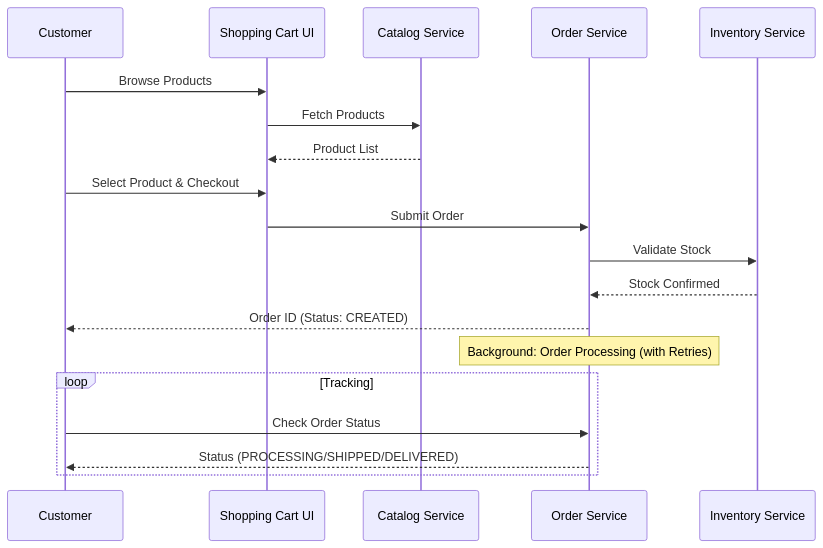
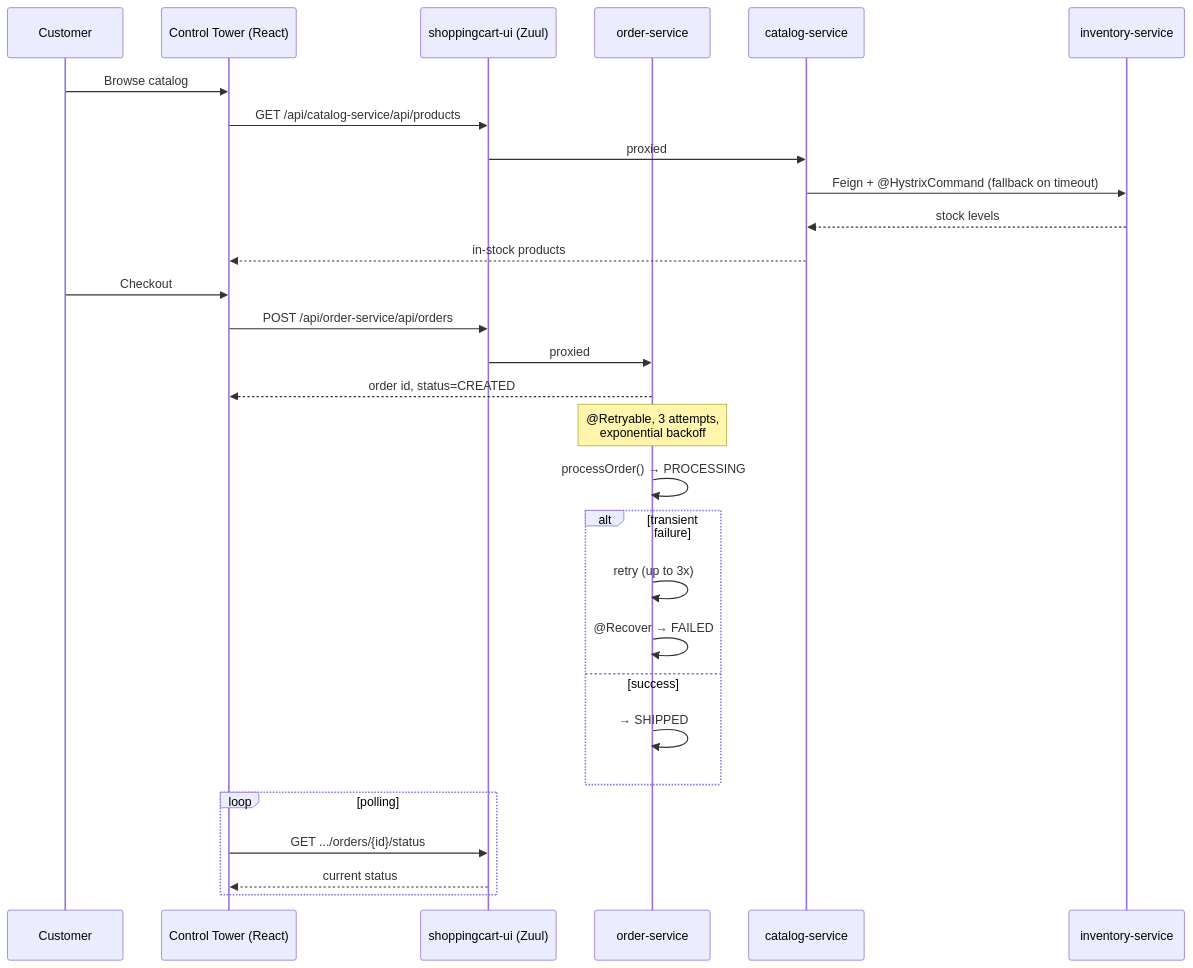
The second of 2 diagrams in README.md (tanmaymish/doms-order-service), drawn with Mermaid before and after one commit. The commit also changed other lines of this file and 94 other files, not shown here.

````diff
--- a/README.md
+++ b/README.md
@@ -35,24 +91,35 @@
 ```mermaid
 sequenceDiagram
     participant User as Customer
-    participant UI as Shopping Cart UI
-    participant Catalog as Catalog Service
-    participant Orders as Order Service
-    participant Inventory as Inventory Service
+    participant UI as Control Tower (React)
+    participant Gateway as shoppingcart-ui (Zuul)
+    participant Orders as order-service
+    participant Catalog as catalog-service
+    participant Inventory as inventory-service
 
-    User->>UI: Browse Products
-    UI->>Catalog: Fetch Products
-    Catalog-->>UI: Product List
-    User->>UI: Select Product & Checkout
-    UI->>Orders: Submit Order
-    Orders->>Inventory: Validate Stock
-    Inventory-->>Orders: Stock Confirmed
-    Orders-->>User: Order ID (Status: CREATED)
-    
-    Note over Orders: Background: Order Processing (with Retries)
-    
-    loop Tracking
-        User->>Orders: Check Order Status
-        Orders-->>User: Status (PROCESSING/SHIPPED/DELIVERED)
+    User->>UI: Browse catalog
+    UI->>Gateway: GET /api/catalog-service/api/products
+    Gateway->>Catalog: proxied
+    Catalog->>Inventory: Feign + @HystrixCommand (fallback on timeout)
+    Inventory-->>Catalog: stock levels
+    Catalog-->>UI: in-stock products
+
+    User->>UI: Checkout
+    UI->>Gateway: POST /api/order-service/api/orders
+    Gateway->>Orders: proxied
+    Orders-->>UI: order id, status=CREATED
+
+    Note over Orders: @Retryable, 3 attempts,<br/>exponential backoff
+    Orders->>Orders: processOrder() → PROCESSING
+    alt transient failure
+        Orders->>Orders: retry (up to 3x)
+        Orders->>Orders: @Recover → FAILED
+    else success
+        Orders->>Orders: → SHIPPED
+    end
+
+    loop polling
+        UI->>Gateway: GET .../orders/{id}/status
+        Gateway-->>UI: current status
     end
 ```
````
